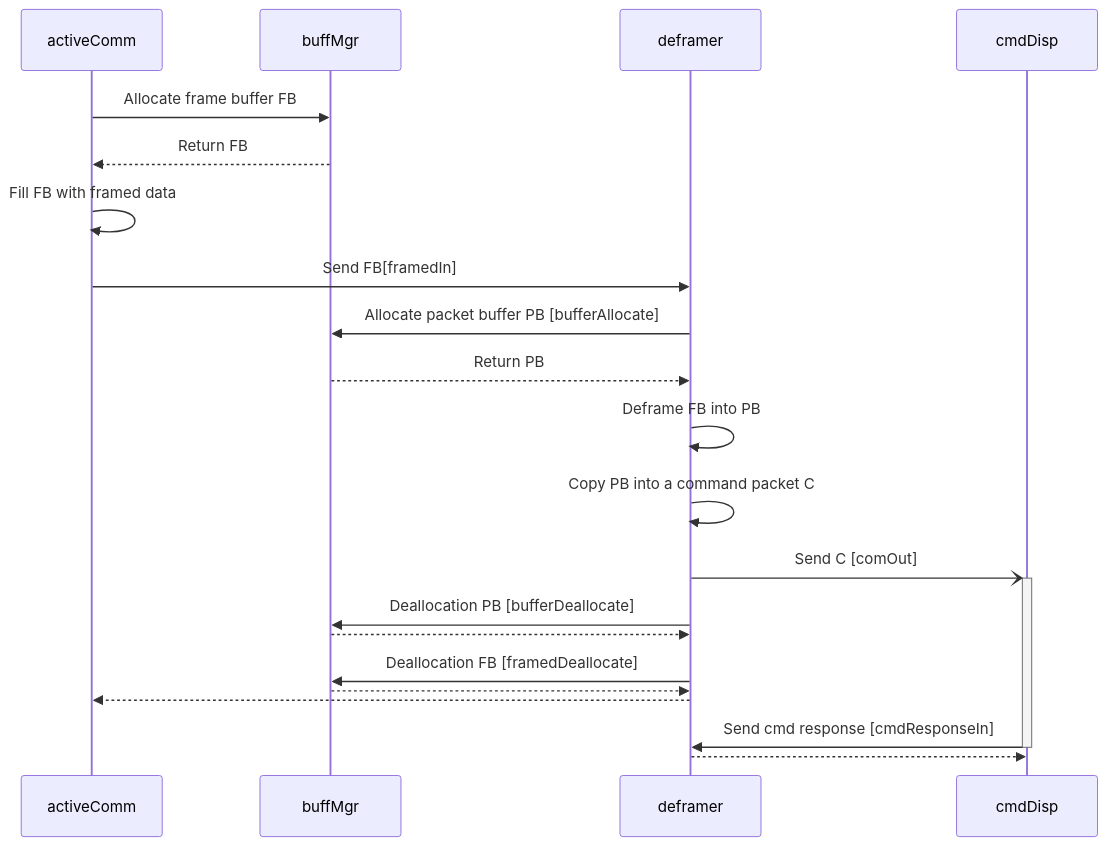
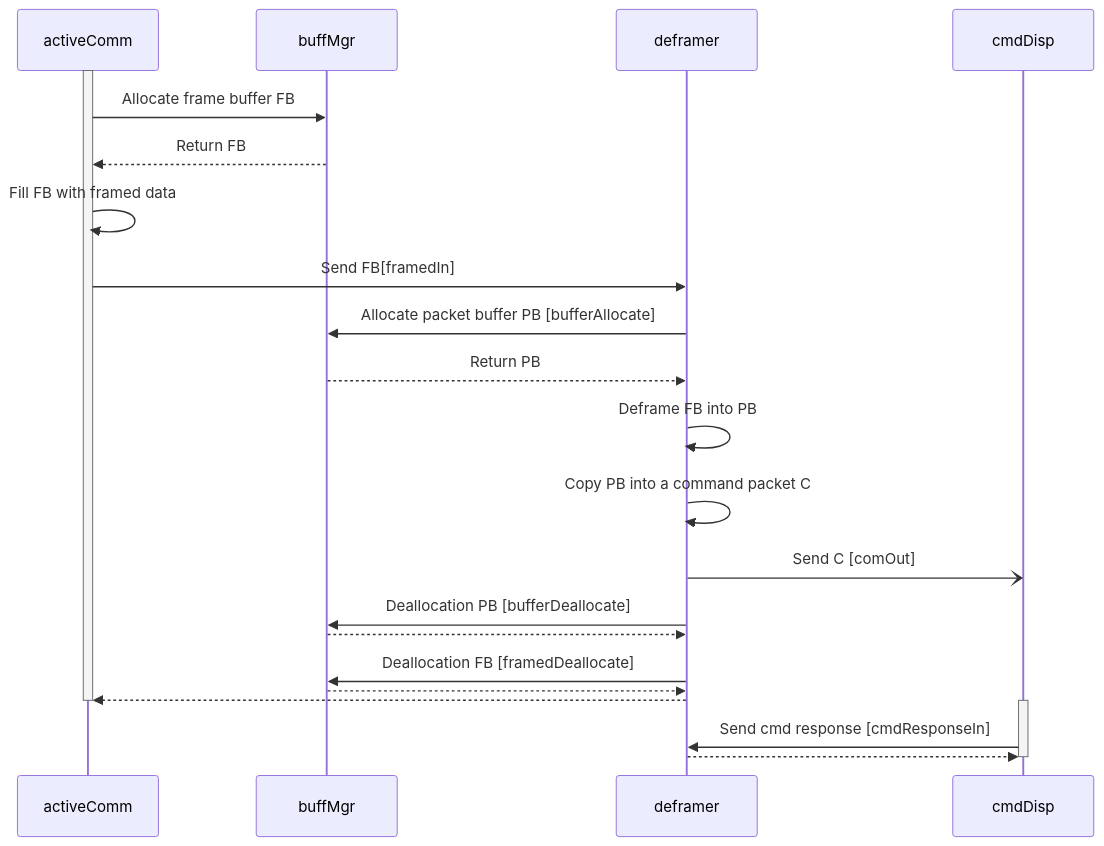
The first of 2 diagrams in Svc/Deframer/docs/sdd.md (nasa/fprime), drawn with Mermaid before and after one commit.

Commit message:
Fix de/activation activeComm & cmdDisp

````diff
--- a/Svc/Deframer/docs/sdd.md
+++ b/Svc/Deframer/docs/sdd.md
@@ -389,19 +389,23 @@
 ```mermaid
 sequenceDiagram
+    activate activeComm
     activeComm->>buffMgr: Allocate frame buffer FB
     buffMgr-->>activeComm: Return FB
     activeComm->>activeComm: Fill FB with framed data
     activeComm->>deframer: Send FB[framedIn]
     deframer->>buffMgr: Allocate packet buffer PB [bufferAllocate]
     buffMgr-->>deframer: Return PB
     deframer->>deframer: Deframe FB into PB
     deframer->>deframer: Copy PB into a command packet C
-    deframer-)+cmdDisp: Send C [comOut]
+    deframer-)cmdDisp: Send C [comOut]
     deframer->>buffMgr: Deallocation PB [bufferDeallocate]
     buffMgr-->>deframer: 
     deframer->>buffMgr: Deallocation FB [framedDeallocate]
     buffMgr-->>deframer: 
     deframer-->>activeComm: 
-    cmdDisp->>-deframer: Send cmd response [cmdResponseIn]
+    deactivate  activeComm 
+    activate cmdDisp
+    cmdDisp->>deframer: Send cmd response [cmdResponseIn]
     deframer-->>cmdDisp: 
+    deactivate cmdDisp
 ```
````
